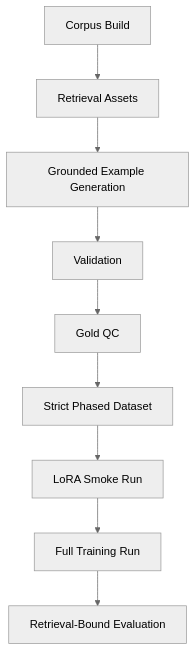
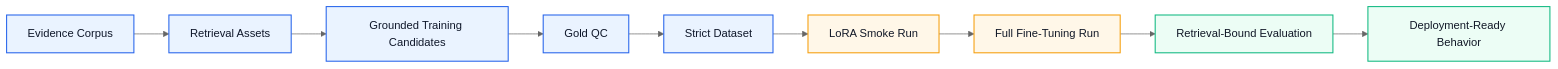
Before and after one commit to GunjanGrunge/thor: the fifth of 8 diagrams in README.md, drawn with Mermaid (neutral theme). The commit also changed other lines of this file and 1 other file, not shown here.

Commit message:
Upgrade README architecture visuals

````diff
--- a/README.md
+++ b/README.md
@@ -276,11 +371,21 @@
 ```mermaid
-flowchart TB
-    A[Corpus Build] --> B[Retrieval Assets]
-    B --> C[Grounded Example Generation]
-    C --> D[Validation]
-    D --> E[Gold QC]
-    E --> F[Strict Phased Dataset]
-    F --> G[LoRA Smoke Run]
-    G --> H[Full Training Run]
-    H --> I[Retrieval-Bound Evaluation]
+flowchart LR
+    A[Evidence Corpus]
+    B[Retrieval Assets]
+    C[Grounded Training Candidates]
+    D[Gold QC]
+    E[Strict Dataset]
+    F[LoRA Smoke Run]
+    G[Full Fine-Tuning Run]
+    H[Retrieval-Bound Evaluation]
+    I[Deployment-Ready Behavior]
+
+    A --> B --> C --> D --> E --> F --> G --> H --> I
+
+    classDef prep fill:#EAF3FF,stroke:#2563EB,color:#0F172A,stroke-width:1.5px;
+    classDef train fill:#FFF7E8,stroke:#F59E0B,color:#111827,stroke-width:1.5px;
+    classDef ship fill:#ECFDF5,stroke:#10B981,color:#111827,stroke-width:1.5px;
+    class A,B,C,D,E prep;
+    class F,G train;
+    class H,I ship;
 ```
````
